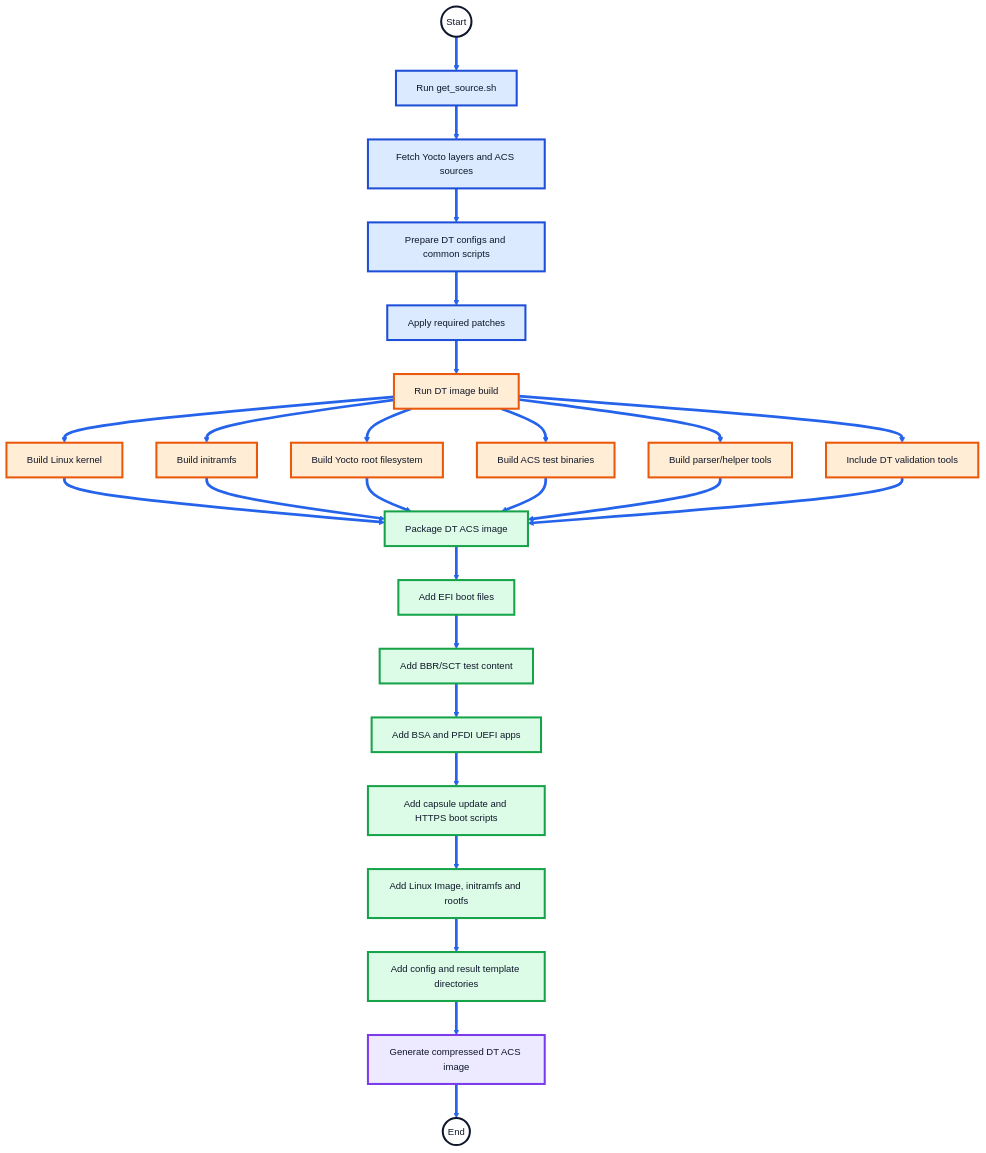
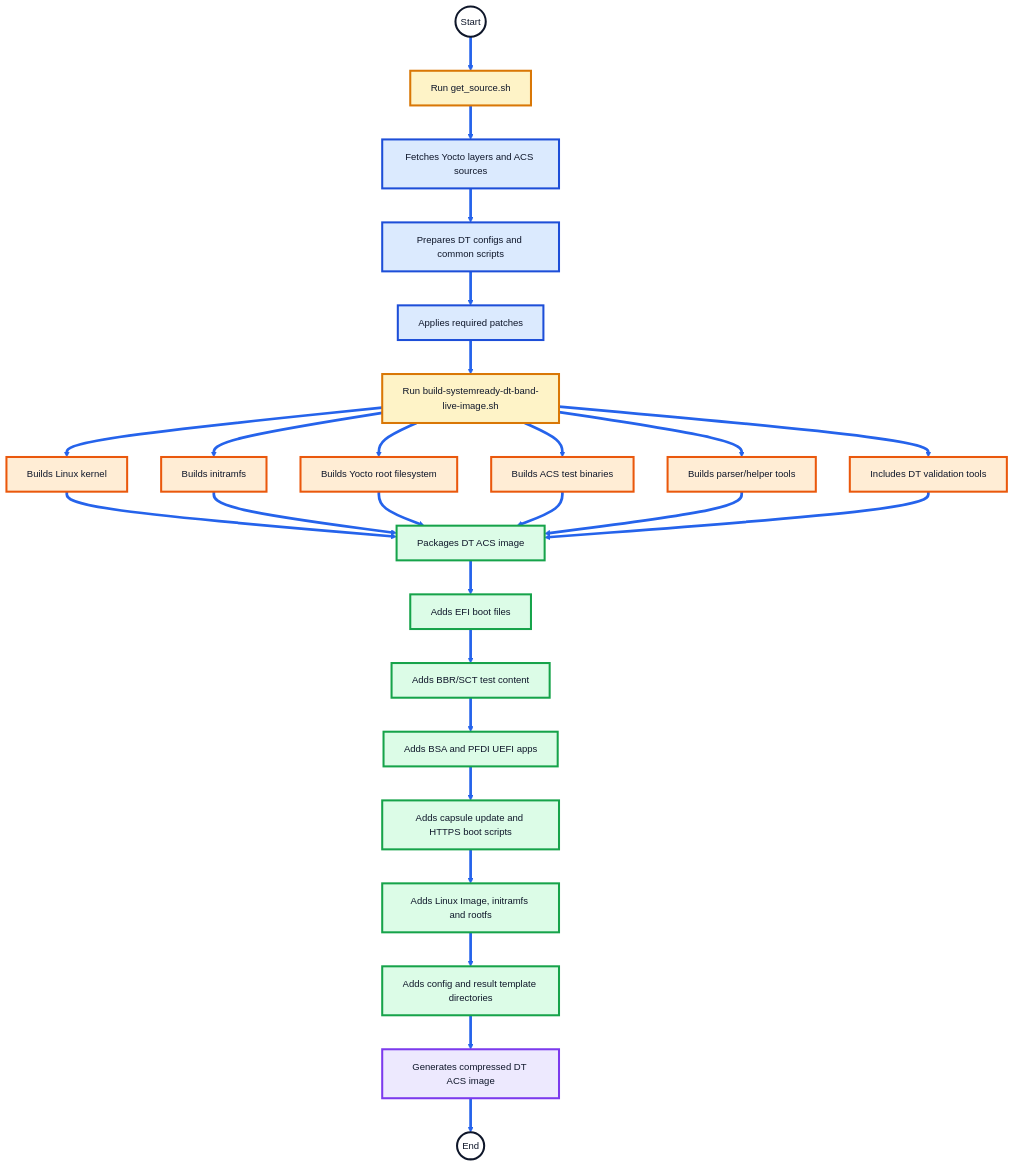
Before and after one commit to manjunath3divakar/arm-systemready: the first of 7 diagrams in docs/systemredy_devicetree_band_flow.md, drawn with Mermaid. The commit also changed other lines of this file, not shown here.

Commit message:
Refine terminology in DT automation flow documentation

````diff
--- a/docs/systemredy_devicetree_band_flow.md
+++ b/docs/systemredy_devicetree_band_flow.md
@@ -56,58 +55,60 @@
 ```mermaid
 %%{init: {
   "theme": "base",
   "themeVariables": {
     "fontFamily": "Arial",
     "fontSize": "14px",
     "primaryBorderColor": "#0f172a",
     "lineColor": "#2563eb",
     "tertiaryColor": "#ffffff"
   }
 }}%%
 
 flowchart TD
 
     linkStyle default stroke:#2563eb,stroke-width:4px;
 
     Start((Start)) --> B["Run get_source.sh"]
-    B --> C["Fetch Yocto layers and ACS sources"]
-    C --> D["Prepare DT configs and common scripts"]
-    D --> E["Apply required patches"]
+    B --> C["Fetches Yocto layers and ACS sources"]
+    C --> D["Prepares DT configs and common scripts"]
+    D --> E["Applies required patches"]
 
-    E --> F["Run DT image build"]
+    E --> F["Run build-systemready-dt-band-live-image.sh"]
 
-    F --> G1["Build Linux kernel"]
-    F --> G2["Build initramfs"]
-    F --> G3["Build Yocto root filesystem"]
-    F --> G4["Build ACS test binaries"]
-    F --> G5["Build parser/helper tools"]
-    F --> G6["Include DT validation tools"]
+    F --> G1["Builds Linux kernel"]
+    F --> G2["Builds initramfs"]
+    F --> G3["Builds Yocto root filesystem"]
+    F --> G4["Builds ACS test binaries"]
+    F --> G5["Builds parser/helper tools"]
+    F --> G6["Includes DT validation tools"]
 
-    G1 --> H["Package DT ACS image"]
+    G1 --> H["Packages DT ACS image"]
     G2 --> H
     G3 --> H
     G4 --> H
     G5 --> H
     G6 --> H
 
-    H --> I["Add EFI boot files"]
-    I --> J["Add BBR/SCT test content"]
-    J --> K["Add BSA and PFDI UEFI apps"]
-    K --> L["Add capsule update and HTTPS boot scripts"]
-    L --> M["Add Linux Image, initramfs and rootfs"]
-    M --> N["Add config and result template directories"]
-    N --> O["Generate compressed DT ACS image"]
+    H --> I["Adds EFI boot files"]
+    I --> J["Adds BBR/SCT test content"]
+    J --> K["Adds BSA and PFDI UEFI apps"]
+    K --> L["Adds capsule update and HTTPS boot scripts"]
+    L --> M["Adds Linux Image, initramfs and rootfs"]
+    M --> N["Adds config and result template directories"]
+    N --> O["Generates compressed DT ACS image"]
     O --> End((End))
 
     classDef startEnd fill:#ffffff,stroke:#0f172a,stroke-width:3px,color:#0f172a;
+    classDef manualRun fill:#fef3c7,stroke:#d97706,stroke-width:3px,color:#0f172a;
     classDef source fill:#dbeafe,stroke:#1d4ed8,stroke-width:3px,color:#0f172a;
     classDef build fill:#ffedd5,stroke:#ea580c,stroke-width:3px,color:#0f172a;
     classDef package fill:#dcfce7,stroke:#16a34a,stroke-width:3px,color:#0f172a;
     classDef output fill:#ede9fe,stroke:#7c3aed,stroke-width:3px,color:#0f172a;
 
     class Start,End startEnd;
-    class B,C,D,E source;
-    class F,G1,G2,G3,G4,G5,G6 build;
+    class B,F manualRun;
+    class C,D,E source;
+    class G1,G2,G3,G4,G5,G6 build;
     class H,I,J,K,L,M,N package;
     class O output;
 ```
````
